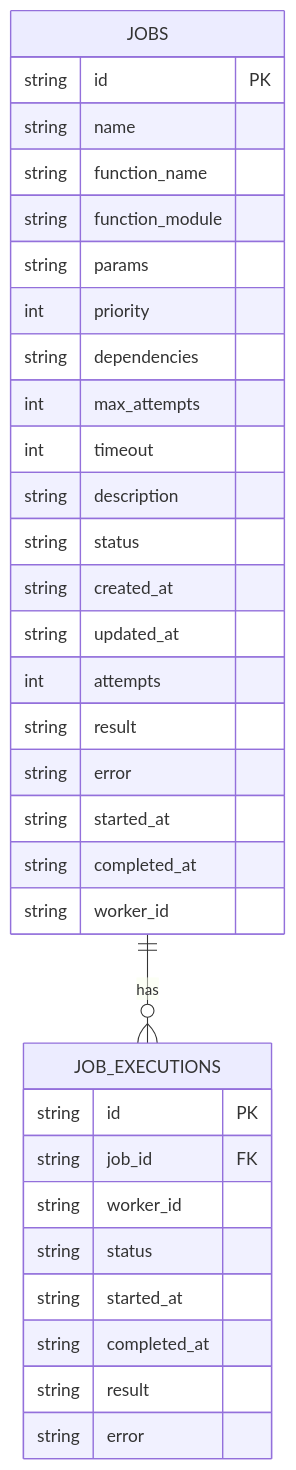
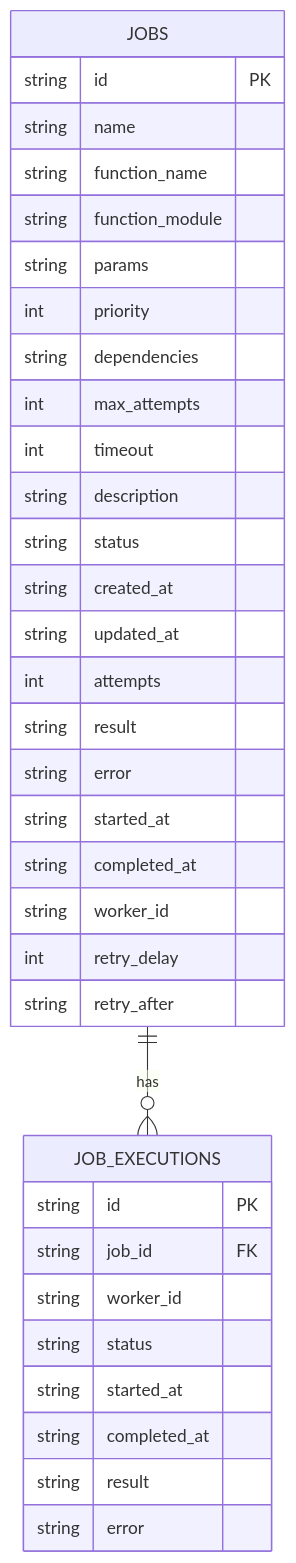
Before and after one commit to KPouianou/GigQ: the first of 2 diagrams in docs/advanced/sqlite-schema.md, drawn with Mermaid. The commit also changed other lines of this file and 15 other files, not shown here.

First line of the commit message:
feat: add retry_delay to defer retries of failed jobs

````diff
--- a/docs/advanced/sqlite-schema.md
+++ b/docs/advanced/sqlite-schema.md
@@ -129,37 +133,39 @@
 ```mermaid
 erDiagram
     JOBS {
         string id PK
         string name
         string function_name
         string function_module
         string params
         int priority
         string dependencies
         int max_attempts
         int timeout
         string description
         string status
         string created_at
         string updated_at
         int attempts
         string result
         string error
         string started_at
         string completed_at
         string worker_id
+        int retry_delay
+        string retry_after
     }
 
     JOB_EXECUTIONS {
         string id PK
         string job_id FK
         string worker_id
         string status
         string started_at
         string completed_at
         string result
         string error
     }
 
     JOBS ||--o{ JOB_EXECUTIONS : "has"
 ```
````
